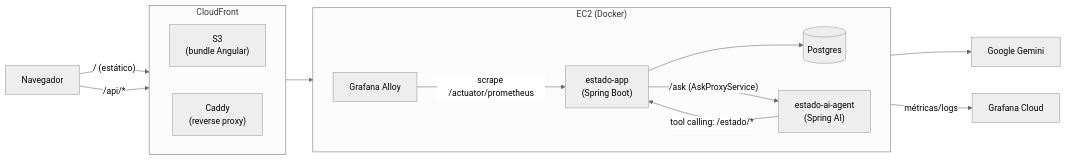
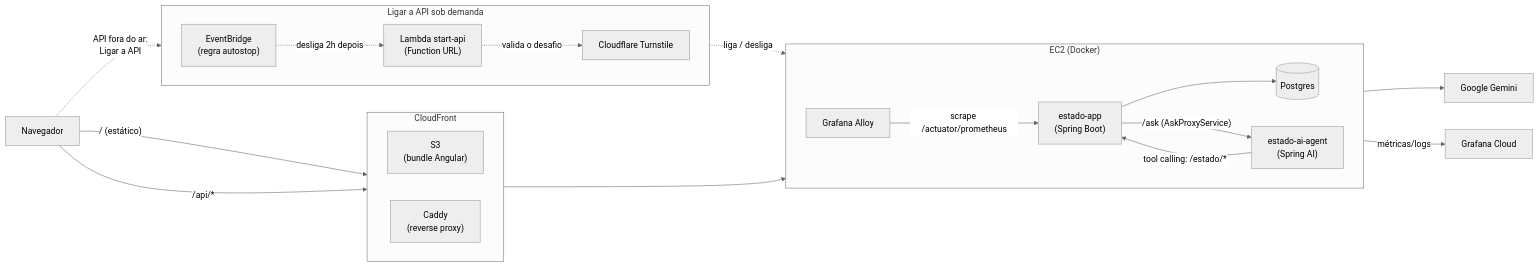
The diagram in README.pt-BR.md (ronybrand/angular_estado), drawn with Mermaid (neutral theme) before and after one commit. The commit also changed 1 other file, not shown here.

Commit message:
docs: diagrama mostra a Lambda start-api (Ligar a API sob demanda) (#142)

````diff
--- a/README.pt-BR.md
+++ b/README.pt-BR.md
@@ -17,31 +17,43 @@
 ```mermaid
 flowchart LR
     Browser["Navegador"]
 
     subgraph CloudFront["CloudFront"]
         direction LR
         S3["S3\n(bundle Angular)"]
         Caddy["Caddy\n(reverse proxy)"]
     end
 
     subgraph EC2["EC2 (Docker)"]
         direction LR
         App["estado-app\n(Spring Boot)"]
         DB[("Postgres")]
         Alloy["Grafana Alloy"]
         Agent["estado-ai-agent\n(Spring AI)"]
     end
 
     Grafana["Grafana Cloud"]
     Gemini["Google Gemini"]
 
+
+    subgraph OnDemand["Ligar a API sob demanda"]
+        direction LR
+        Lambda["Lambda start-api\n(Function URL)"]
+        Turnstile["Cloudflare Turnstile"]
+        Autostop["EventBridge\n(regra autostop)"]
+    end
+
     Browser -- "/ (estático)" --> S3
     Browser -- "/api/*" --> Caddy
     Caddy --> App
     App --> DB
     App -- "/ask (AskProxyService)" --> Agent
     Agent -- "tool calling: /estado/*" --> App
     Agent --> Gemini
     Alloy -- "scrape /actuator/prometheus" --> App
     Alloy -- métricas/logs --> Grafana
+    Browser -. "API fora do ar:\nLigar a API" .-> Lambda
+    Lambda -. "valida o desafio" .-> Turnstile
+    Lambda -. "liga / desliga" .-> EC2
+    Autostop -. "desliga 2h depois" .-> Lambda
 ```
````
